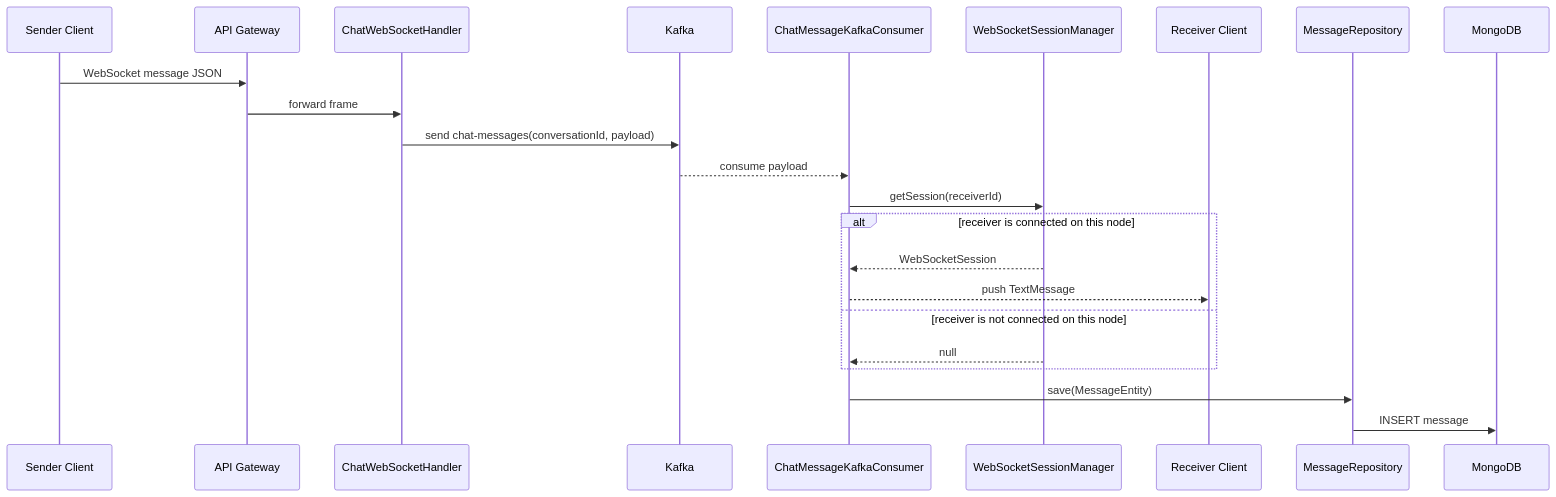
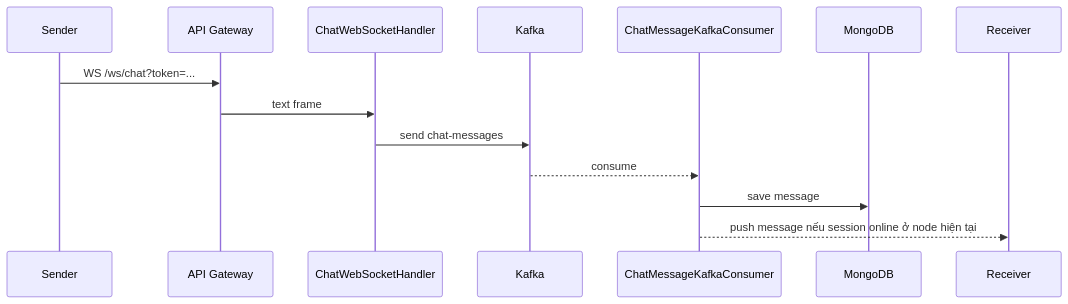
The third of 3 diagrams in README.md (Hiep0718/IUH_CONNECT), drawn with Mermaid before and after one commit. The commit also changed other lines of this file and 24 other files, not shown here.

````diff
--- a/README.md
+++ b/README.md
@@ -364,26 +254,17 @@
 ```mermaid
 sequenceDiagram
-    participant Sender as Sender Client
+    participant Sender as Sender
     participant Gateway as API Gateway
-    participant WSHandler as ChatWebSocketHandler
+    participant WS as ChatWebSocketHandler
     participant Kafka as Kafka
     participant Consumer as ChatMessageKafkaConsumer
-    participant SessionManager as WebSocketSessionManager
-    participant Receiver as Receiver Client
-    participant MessageRepo as MessageRepository
     participant MongoDB as MongoDB
+    participant Receiver as Receiver
 
-    Sender->>Gateway: WebSocket message JSON
-    Gateway->>WSHandler: forward frame
-    WSHandler->>Kafka: send chat-messages(conversationId, payload)
-    Kafka-->>Consumer: consume payload
-    Consumer->>SessionManager: getSession(receiverId)
-    alt receiver is connected on this node
-        SessionManager-->>Consumer: WebSocketSession
-        Consumer-->>Receiver: push TextMessage
-    else receiver is not connected on this node
-        SessionManager-->>Consumer: null
-    end
-    Consumer->>MessageRepo: save(MessageEntity)
-    MessageRepo->>MongoDB: INSERT message
+    Sender->>Gateway: WS /ws/chat?token=...
+    Gateway->>WS: text frame
+    WS->>Kafka: send chat-messages
+    Kafka-->>Consumer: consume
+    Consumer->>MongoDB: save message
+    Consumer-->>Receiver: push message nếu session online ở node hiện tại
 ```
````
